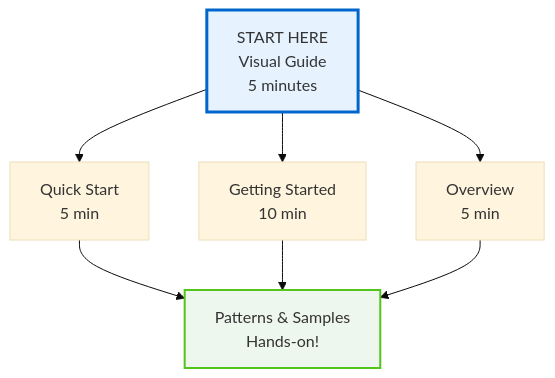
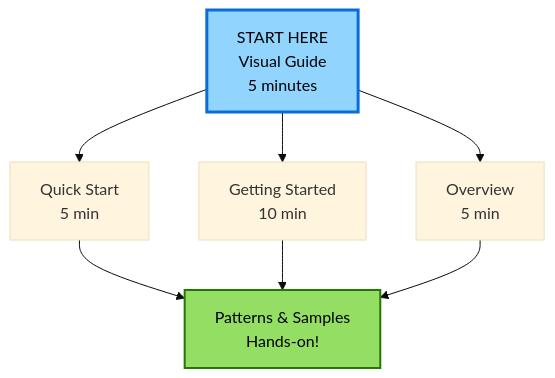
The first of 2 diagrams in Docs/Index.md (wallstop/DxMessaging), drawn with Mermaid (base theme) before and after one commit. The commit also changed other lines of this file and 5 other files, not shown here.

First line of the commit message:
Mermaid diagram updates (#68)

````diff
--- a/Docs/Index.md
+++ b/Docs/Index.md
@@ -7,13 +7,13 @@
 ```mermaid
 graph TD
     Start[START HERE<br/>Visual Guide<br/>5 minutes]
     Start --> Quick[Quick Start<br/>5 min]
     Start --> Getting[Getting Started<br/>10 min]
     Start --> Overview[Overview<br/>5 min]
     Quick --> Patterns[Patterns & Samples<br/>Hands-on!]
     Getting --> Patterns
     Overview --> Patterns
 
-    style Start fill:#e6f3ff,stroke:#0066cc,stroke-width:3px
-    style Patterns fill:#eef7ee,stroke:#52c41a,stroke-width:2px
+    style Start fill:#91d5ff,stroke:#096dd9,stroke-width:3px,color:#000
+    style Patterns fill:#95de64,stroke:#237804,stroke-width:2px,color:#000
 ```
````
